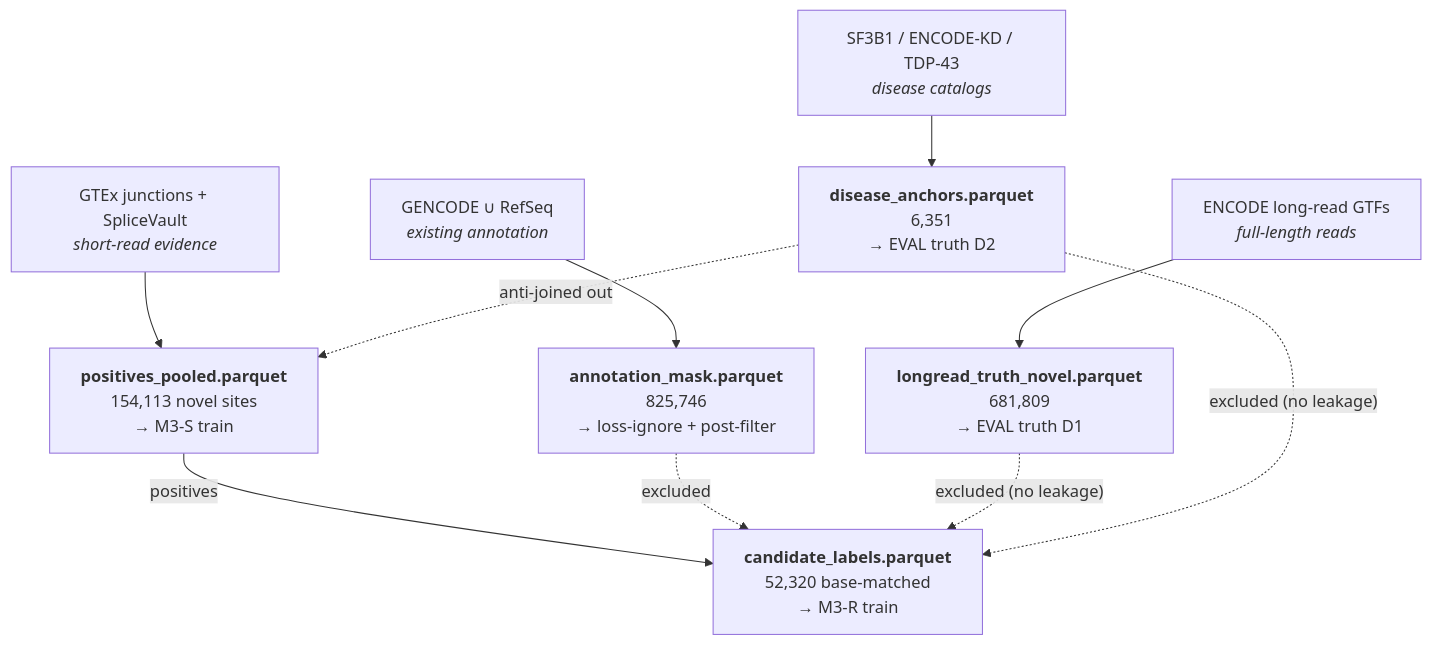
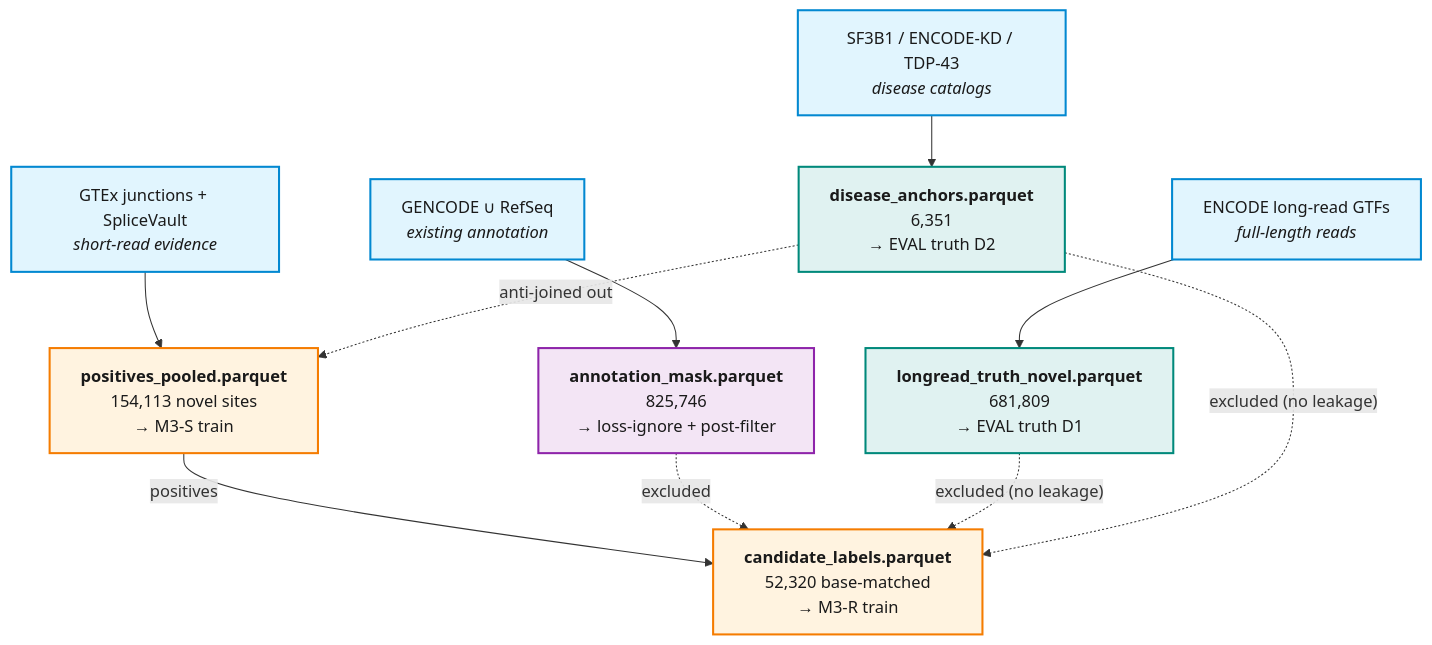
Before and after one commit to pleiadian53/agentic-spliceai: the diagram in docs/workflows/meta_layer/09_m3_label_curation.md, drawn with Mermaid. The commit also changed other lines of this file and 1 other file, not shown here.

Commit message:
docs(workflow): colour the mermaid diagrams to the project palette
Both workflow diagrams rendered black-and-white while the root README already
established a Material-Design pastel convention (light fill, saturated stroke,
explicit dark text). Aligned them to that same vocabulary rather than inventing a
second palette.

- Pipeline diagram: blue inputs, cyan derived data, purple base layer, orange
  training, teal evaluation, pink reporting, green for the M3 branch — a readable
  left-to-right progression that also marks which layer each stage belongs to.
- M3 label-curation diagram: colour carries the distinction the doc is there to
  make — orange for training labels, teal for held-out eval truth (D1/D2), purple
  for the dual-role annotation mask, blue for raw evidence sources. Together with
  the dashed exclusion arrows, train-vs-eval is now legible at a glance.
- Each diagram gets a one-line colour key beneath it.

Pastel fills with explicit dark text were chosen deliberately: the site ships a
dark-mode (slate) palette, and a light node fill with pinned dark text stays
readable in both schemes, whereas relying on default text colour would not.

````diff
--- a/docs/workflows/meta_layer/09_m3_label_curation.md
+++ b/docs/workflows/meta_layer/09_m3_label_curation.md
@@ -26,12 +28,22 @@
 ```mermaid
 flowchart TD
   A["GTEx junctions + SpliceVault<br/><i>short-read evidence</i>"] --> P["<b>positives_pooled.parquet</b><br/>154,113 novel sites<br/>→ M3-S train"]
   C["GENCODE ∪ RefSeq<br/><i>existing annotation</i>"] --> M["<b>annotation_mask.parquet</b><br/>825,746<br/>→ loss-ignore + post-filter"]
   E["ENCODE long-read GTFs<br/><i>full-length reads</i>"] --> D1["<b>longread_truth_novel.parquet</b><br/>681,809<br/>→ EVAL truth D1"]
   B["SF3B1 / ENCODE-KD / TDP-43<br/><i>disease catalogs</i>"] --> D2["<b>disease_anchors.parquet</b><br/>6,351<br/>→ EVAL truth D2"]
   P -- "positives" --> R["<b>candidate_labels.parquet</b><br/>52,320 base-matched<br/>→ M3-R train"]
   M -. "excluded" .-> R
   D1 -. "excluded (no leakage)" .-> R
   D2 -. "excluded (no leakage)" .-> R
   D2 -. "anti-joined out" .-> P
+
+  classDef src   fill:#e1f5fe,stroke:#0288d1,stroke-width:2px,color:#1a1a1a
+  classDef train fill:#fff3e0,stroke:#f57c00,stroke-width:2px,color:#1a1a1a
+  classDef mask  fill:#f3e5f5,stroke:#8e24aa,stroke-width:2px,color:#1a1a1a
+  classDef eval  fill:#e0f2f1,stroke:#00897b,stroke-width:2px,color:#1a1a1a
+
+  class A,B,C,E src
+  class P,R train
+  class M mask
+  class D1,D2 eval
 ```
````
